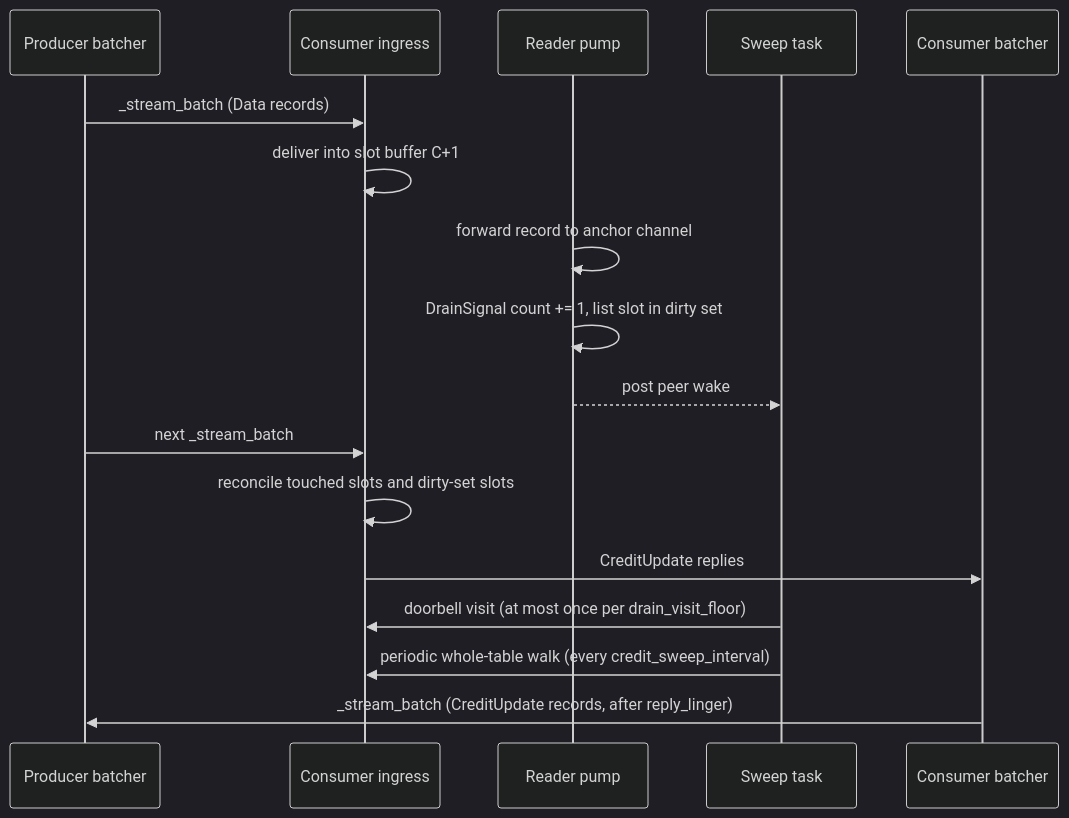
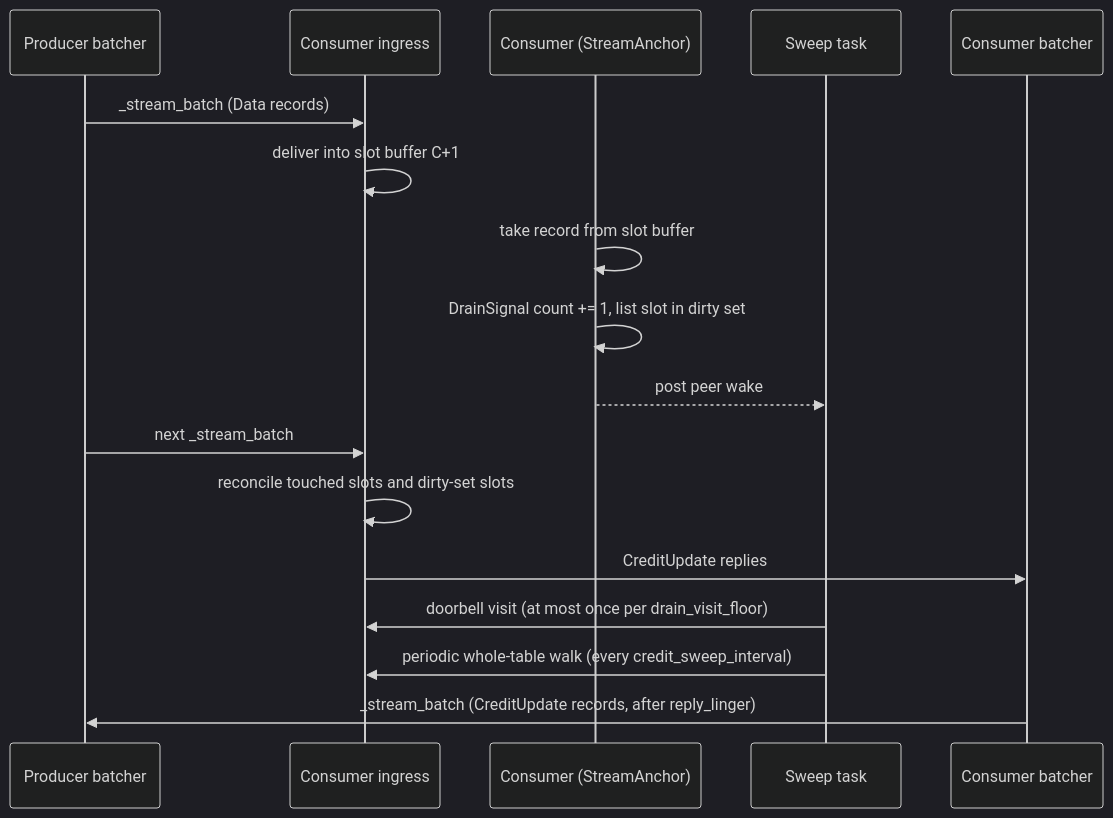
The second of 2 diagrams in docs/src/concepts/batched-streaming.md (ai-dynamo/velo), drawn with Mermaid (dark theme) before and after one commit. The commit also changed other lines of this file and 28 other files, not shown here.

````diff
--- a/docs/src/concepts/batched-streaming.md
+++ b/docs/src/concepts/batched-streaming.md
@@ -232,19 +234,19 @@
 ```mermaid
 sequenceDiagram
     participant P as Producer batcher
     participant I as Consumer ingress
-    participant R as Reader pump
+    participant R as Consumer (StreamAnchor)
     participant S as Sweep task
     participant B as Consumer batcher
     P->>I: _stream_batch (Data records)
     I->>I: deliver into slot buffer C+1
-    R->>R: forward record to anchor channel
+    R->>R: take record from slot buffer
     R->>R: DrainSignal count += 1, list slot in dirty set
     R-->>S: post peer wake
     P->>I: next _stream_batch
     I->>I: reconcile touched slots and dirty-set slots
     I->>B: CreditUpdate replies
     S->>I: doorbell visit (at most once per drain_visit_floor)
     S->>I: periodic whole-table walk (every credit_sweep_interval)
     B->>P: _stream_batch (CreditUpdate records, after reply_linger)
 ```
````
